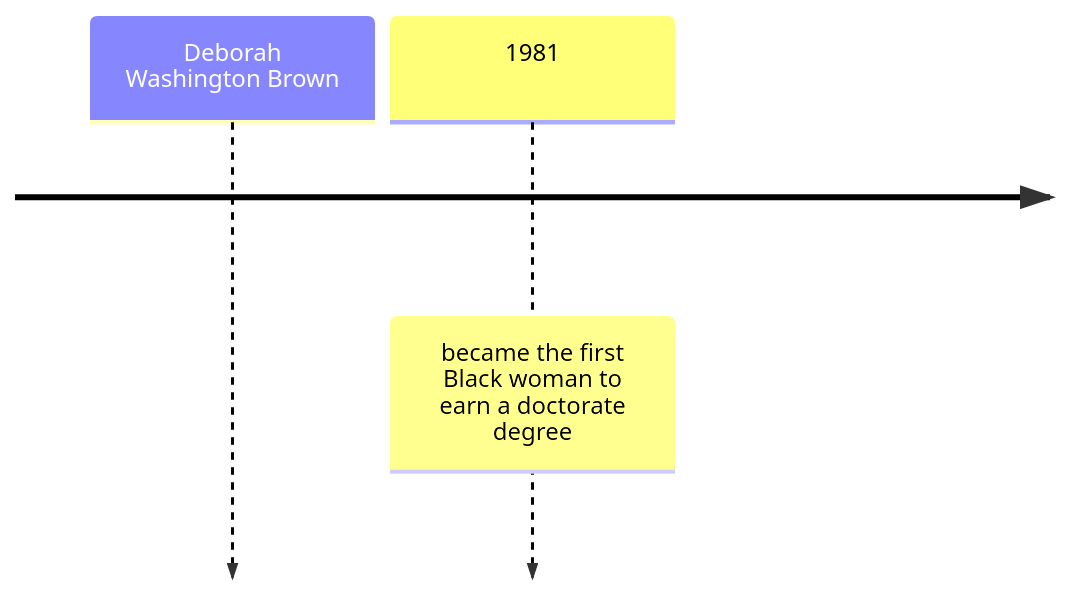
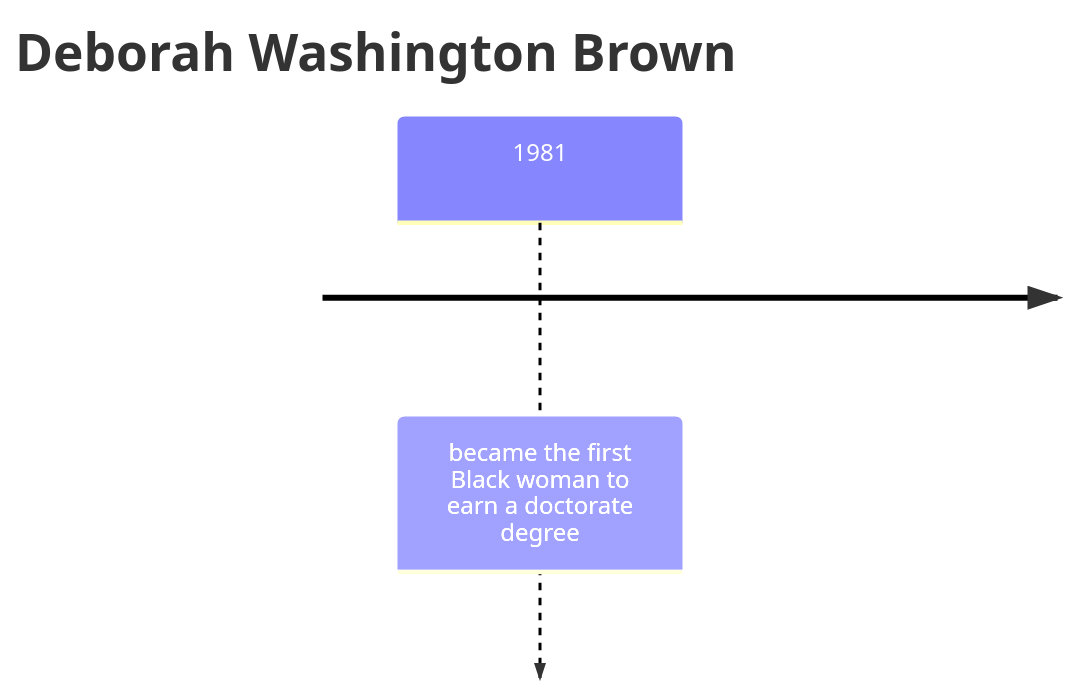
One commit to Marius-PA/ComputerScienceNotes changed the diagram in Notes/blackhistorymonth.md. Above: the diagram before and after it, drawn with Mermaid. The commit also changed 1 other file, not shown here.

````diff
--- a/Notes/blackhistorymonth.md
+++ b/Notes/blackhistorymonth.md
@@ -14,6 +14,6 @@
 ```mermaid
 timeline
-    Deborah Washington Brown
+    title Deborah Washington Brown
     1981 : became the first Black woman to earn a doctorate degree
 
 ```
````
